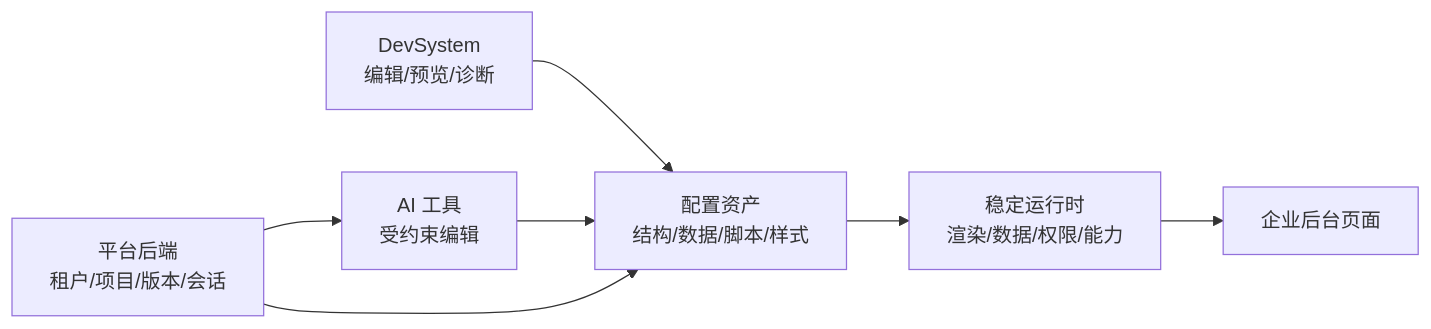
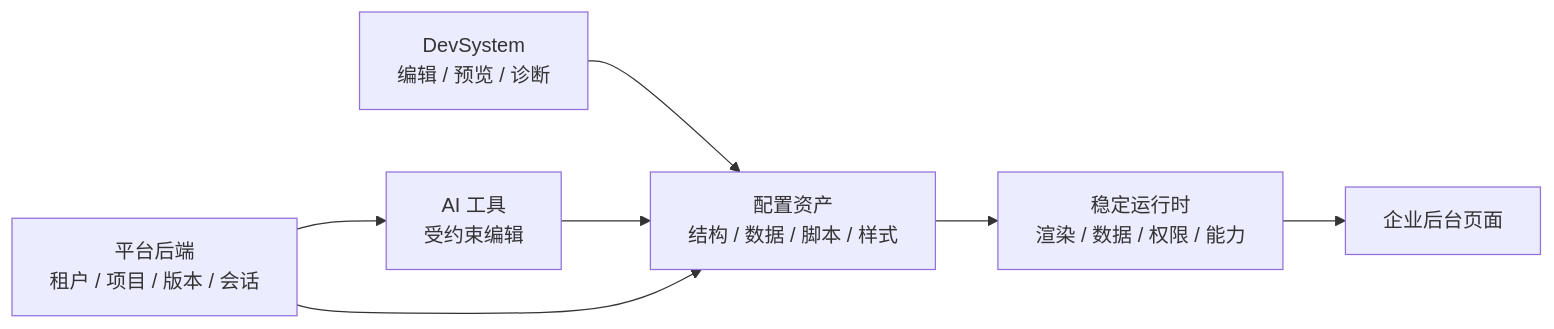
One commit to LMSpark/spark-view-vue changed diagram 16 of 16 in docs/SPARK_VIEW_PROJECT_DEEP_DIVE_ZH.md. Above: the diagram before and after it, drawn with Mermaid. The commit also changed other lines of this file and 120 other files, not shown here.

````diff
--- a/docs/SPARK_VIEW_PROJECT_DEEP_DIVE_ZH.md
+++ b/docs/SPARK_VIEW_PROJECT_DEEP_DIVE_ZH.md
@@ -759,15 +848,16 @@
 ```mermaid
 flowchart LR
-  Config["配置资产<br/>结构/数据/脚本/样式"]
-  Runtime["稳定运行时<br/>渲染/数据/权限/能力"]
-  Design["DevSystem<br/>编辑/预览/诊断"]
+  Config["配置资产<br/>结构 / 数据 / 脚本 / 样式"]
+  Runtime["稳定运行时<br/>渲染 / 数据 / 权限 / 能力"]
+  Design["DevSystem<br/>编辑 / 预览 / 诊断"]
   AI["AI 工具<br/>受约束编辑"]
-  Backend["平台后端<br/>租户/项目/版本/会话"]
+  Backend["平台后端<br/>租户 / 项目 / 版本 / 会话"]
   Product["企业后台页面"]
 
-  Config --> Runtime --> Product
+  Config --> Runtime
+  Runtime --> Product
   Design --> Config
   AI --> Config
   Backend --> Config
   Backend --> AI
 ```
````
